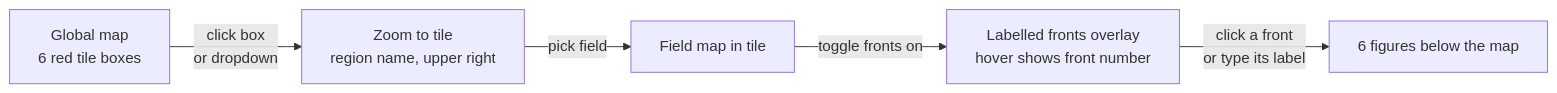
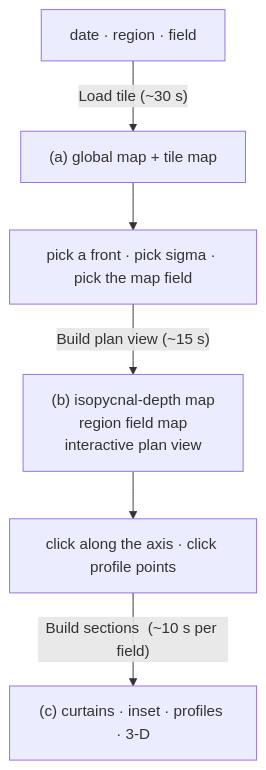
The second of 2 diagrams in prompts/build_front_viz_tool.md (Sea-Meets-the-Stars/fronts), drawn with Mermaid before and after one commit. The commit also changed other lines of this file and 7 other files, not shown here.

````diff
--- a/prompts/build_front_viz_tool.md
+++ b/prompts/build_front_viz_tool.md
@@ -255,7 +243,8 @@
 ```mermaid
-flowchart LR
-    M["Global map<br/>6 red tile boxes"] -->|"click box<br/>or dropdown"| Z["Zoom to tile<br/>region name, upper right"]
-    Z -->|"pick field"| F["Field map in tile"]
-    F -->|"toggle fronts on"| L["Labelled fronts overlay<br/>hover shows front number"]
-    L -->|"click a front<br/>or type its label"| P["6 figures below the map"]
+flowchart TB
+    A["date · region · field"] -->|"Load tile  (~30 s)"| B["(a) global map + tile map"]
+    B --> C["pick a front · pick sigma · pick the map field"]
+    C -->|"Build plan view  (~15 s)"| D["(b) isopycnal-depth map<br/>region field map<br/>interactive plan view"]
+    D --> E["click along the axis · click profile points"]
+    E -->|"Build sections  (~10 s per field)"| F["(c) curtains · inset · profiles · 3-D"]
 ```
````
